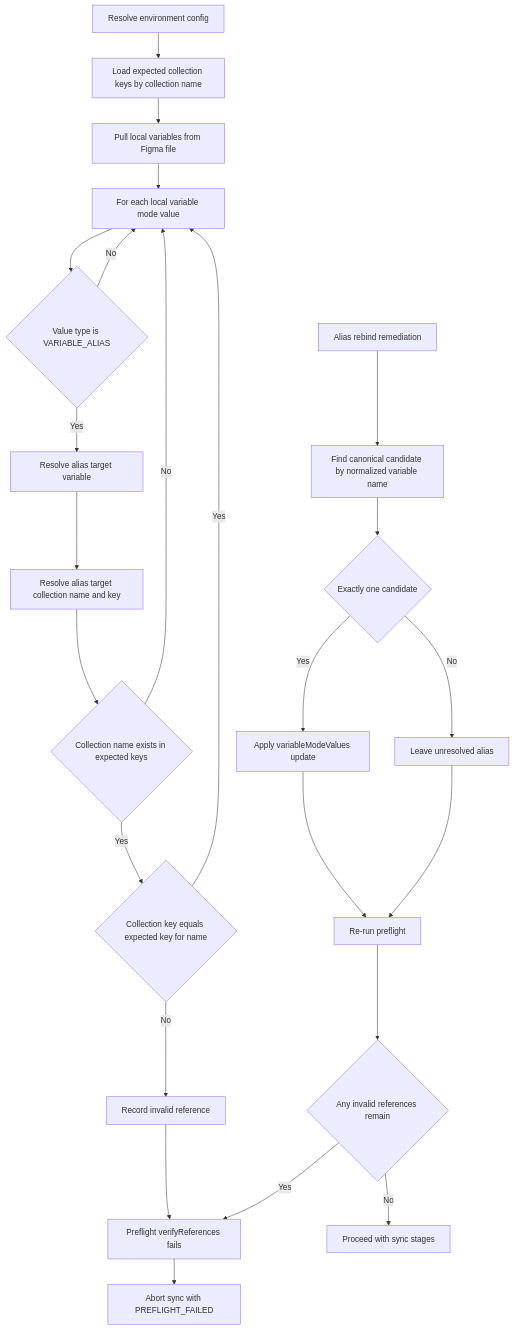
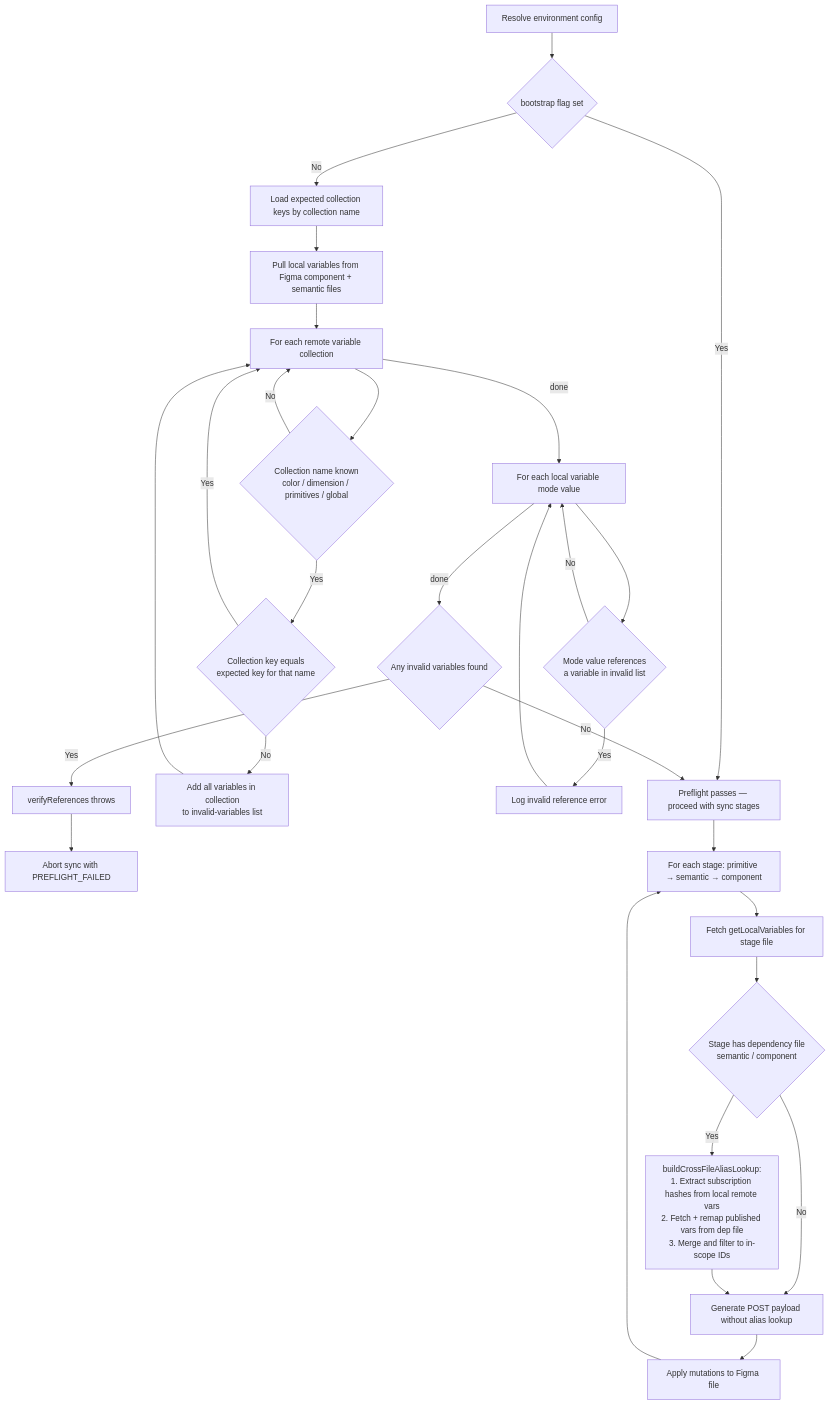
Before and after one commit to grommet/hpe-design-system: the second of 2 diagrams in packages/hpe-design-tokens/DOCUMENTATION.md, drawn with Mermaid. The commit also changed other lines of this file and 1 other file, not shown here.

````diff
--- a/packages/hpe-design-tokens/DOCUMENTATION.md
+++ b/packages/hpe-design-tokens/DOCUMENTATION.md
@@ -76,27 +70,32 @@
 ```mermaid
 flowchart TD
-    A[Resolve environment config] --> B[Load expected collection keys by collection name]
-    B --> C[Pull local variables from Figma file]
-    C --> D[For each local variable mode value]
-    D --> E{Value type is VARIABLE_ALIAS}
-    E -- No --> D
-    E -- Yes --> F[Resolve alias target variable]
-    F --> G[Resolve alias target collection name and key]
-    G --> H{Collection name exists in expected keys}
-    H -- No --> D
-    H -- Yes --> I{Collection key equals expected key for name}
-    I -- Yes --> D
-    I -- No --> J[Record invalid reference]
-    J --> K[Preflight verifyReferences fails]
-    K --> L[Abort sync with PREFLIGHT_FAILED]
+    A[Resolve environment config] --> B{bootstrap flag set}
+    B -- Yes --> T[Preflight passes — proceed with sync stages]
+    B -- No --> C[Load expected collection keys by collection name]
+    C --> D[Pull local variables from Figma component + semantic files]
+    D --> E[For each remote variable collection]
+    E --> F{Collection name known\ncolor / dimension / primitives / global}
+    F -- No --> E
+    F -- Yes --> G{Collection key equals\nexpected key for that name}
+    G -- Yes --> E
+    G -- No --> H[Add all variables in collection\nto invalid-variables list]
+    H --> E
+    E -- done --> I[For each local variable mode value]
+    I --> J{Mode value references\na variable in invalid list}
+    J -- No --> I
+    J -- Yes --> K[Log invalid reference error]
+    K --> I
+    I -- done --> L{Any invalid variables found}
+    L -- No --> T
+    L -- Yes --> M[verifyReferences throws]
+    M --> N[Abort sync with PREFLIGHT_FAILED]
 
-    M[Alias rebind remediation] --> N[Find canonical candidate by normalized variable name]
-    N --> O{Exactly one candidate}
-    O -- Yes --> P[Apply variableModeValues update]
-    O -- No --> Q[Leave unresolved alias]
-    P --> R[Re-run preflight]
-    Q --> R
-    R --> S{Any invalid references remain}
-    S -- Yes --> K
-    S -- No --> T[Proceed with sync stages]
+    T --> O[For each stage: primitive → semantic → component]
+    O --> P[Fetch getLocalVariables for stage file]
+    P --> Q{Stage has dependency file\nsemantic / component}
+    Q -- No --> R[Generate POST payload without alias lookup]
+    Q -- Yes --> S[buildCrossFileAliasLookup:\n1. Extract subscription hashes from local remote vars\n2. Fetch + remap published vars from dep file\n3. Merge and filter to in-scope IDs]
+    S --> R
+    R --> U[Apply mutations to Figma file]
+    U --> O
 ```
````
